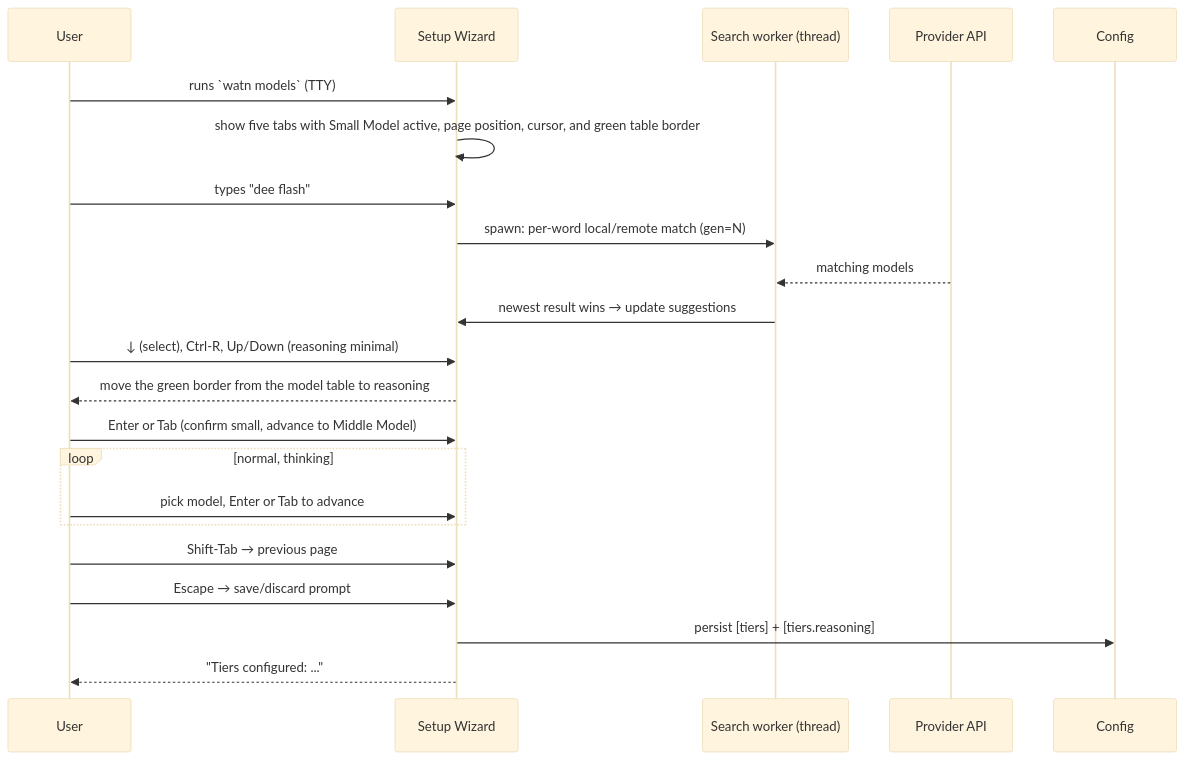
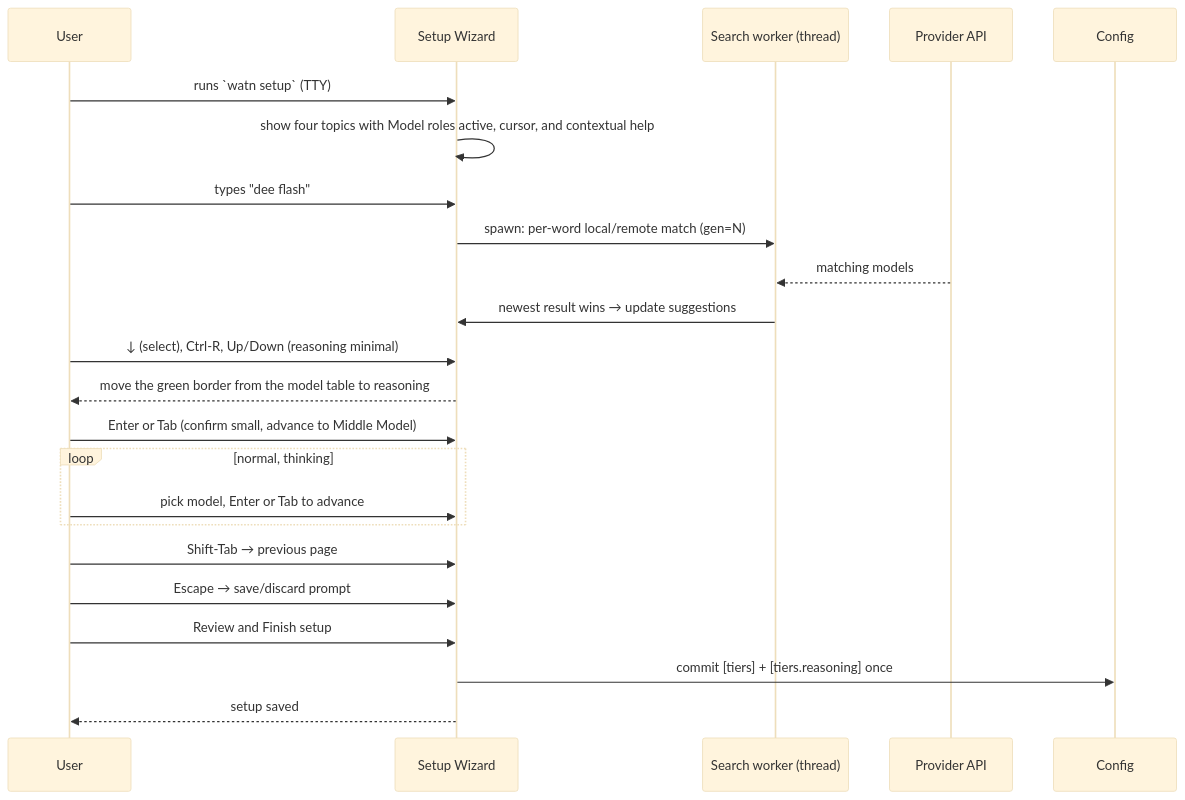
Before and after one commit to buster/watn: the tenth of 21 diagrams in docs/arc42/06-runtime-view.md, drawn with Mermaid (base theme). The commit also changed other lines of this file and 49 other files, not shown here.

Commit message:
feat(setup): refactor setup into reviewed wizard

````diff
--- a/docs/arc42/06-runtime-view.md
+++ b/docs/arc42/06-runtime-view.md
@@ -320,25 +386,26 @@
 ```mermaid
 sequenceDiagram
     participant User as User
     participant Wizard as Setup Wizard
     participant Worker as Search worker (thread)
     participant API as Provider API
     participant Config as Config
 
-    User->>Wizard: runs `watn models` (TTY)
-    Wizard->>Wizard: show five tabs with Small Model active, page position, cursor, and green table border
+    User->>Wizard: runs `watn setup` (TTY)
+    Wizard->>Wizard: show four topics with Model roles active, cursor, and contextual help
     User->>Wizard: types "dee flash"
     Wizard->>Worker: spawn: per-word local/remote match (gen=N)
     API-->>Worker: matching models
     Worker->>Wizard: newest result wins → update suggestions
     User->>Wizard: ↓ (select), Ctrl-R, Up/Down (reasoning minimal)
     Wizard-->>User: move the green border from the model table to reasoning
     User->>Wizard: Enter or Tab (confirm small, advance to Middle Model)
     loop normal, thinking
         User->>Wizard: pick model, Enter or Tab to advance
     end
     User->>Wizard: Shift-Tab → previous page
     User->>Wizard: Escape → save/discard prompt
-    Wizard->>Config: persist [tiers] + [tiers.reasoning]
-    Wizard-->>User: "Tiers configured: ..."
+    User->>Wizard: Review and Finish setup
+    Wizard->>Config: commit [tiers] + [tiers.reasoning] once
+    Wizard-->>User: setup saved
 ```
````
